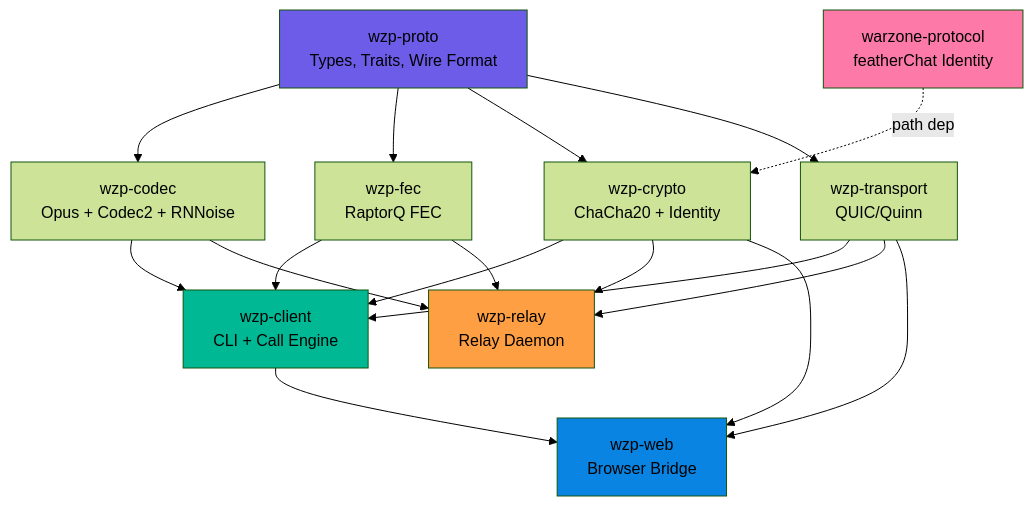
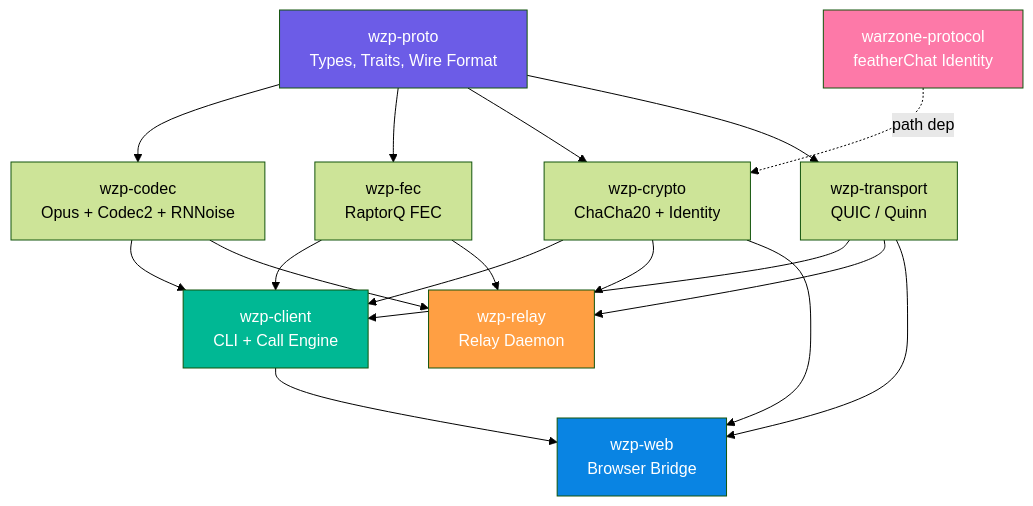
Before and after one commit to manawenuz/wzp: the second of 19 diagrams in docs/ARCHITECTURE.md, drawn with Mermaid (forest theme). The commit also changed other lines of this file and 3 other files, not shown here.

First line of the commit message:
docs: comprehensive documentation — design, architecture, admin, user guide

````diff
--- a/docs/ARCHITECTURE.md
+++ b/docs/ARCHITECTURE.md
@@ -54,39 +54,40 @@
 ```mermaid
 graph TD
-    PROTO[wzp-proto<br/>Types, Traits, Wire Format]
+    PROTO["wzp-proto<br/>Types, Traits, Wire Format"]
 
-    CODEC[wzp-codec<br/>Opus + Codec2 + RNNoise]
-    FEC[wzp-fec<br/>RaptorQ FEC]
-    CRYPTO[wzp-crypto<br/>ChaCha20 + Identity]
-    TRANSPORT[wzp-transport<br/>QUIC/Quinn]
+    CODEC["wzp-codec<br/>Opus + Codec2 + RNNoise"]
+    FEC["wzp-fec<br/>RaptorQ FEC"]
+    CRYPTO["wzp-crypto<br/>ChaCha20 + Identity"]
+    TRANSPORT["wzp-transport<br/>QUIC / Quinn"]
 
-    RELAY[wzp-relay<br/>Relay Daemon]
-    CLIENT[wzp-client<br/>CLI + Call Engine]
-    WEB[wzp-web<br/>Browser Bridge]
+    RELAY["wzp-relay<br/>Relay Daemon"]
+    CLIENT["wzp-client<br/>CLI + Call Engine"]
+    WEB["wzp-web<br/>Browser Bridge"]
 
     PROTO --> CODEC
     PROTO --> FEC
     PROTO --> CRYPTO
     PROTO --> TRANSPORT
 
     CODEC --> CLIENT
     FEC --> CLIENT
     CRYPTO --> CLIENT
     TRANSPORT --> CLIENT
+
     CODEC --> RELAY
     FEC --> RELAY
     CRYPTO --> RELAY
     TRANSPORT --> RELAY
 
     CLIENT --> WEB
     TRANSPORT --> WEB
     CRYPTO --> WEB
 
-    FC[warzone-protocol<br/>featherChat Identity] -.->|path dep| CRYPTO
+    FC["warzone-protocol<br/>featherChat Identity"] -.->|path dep| CRYPTO
 
-    style PROTO fill:#6c5ce7
-    style RELAY fill:#ff9f43
-    style CLIENT fill:#00b894
-    style WEB fill:#0984e3
-    style FC fill:#fd79a8
+    style PROTO fill:#6c5ce7,color:#fff
+    style RELAY fill:#ff9f43,color:#fff
+    style CLIENT fill:#00b894,color:#fff
+    style WEB fill:#0984e3,color:#fff
+    style FC fill:#fd79a8,color:#fff
 ```
````
